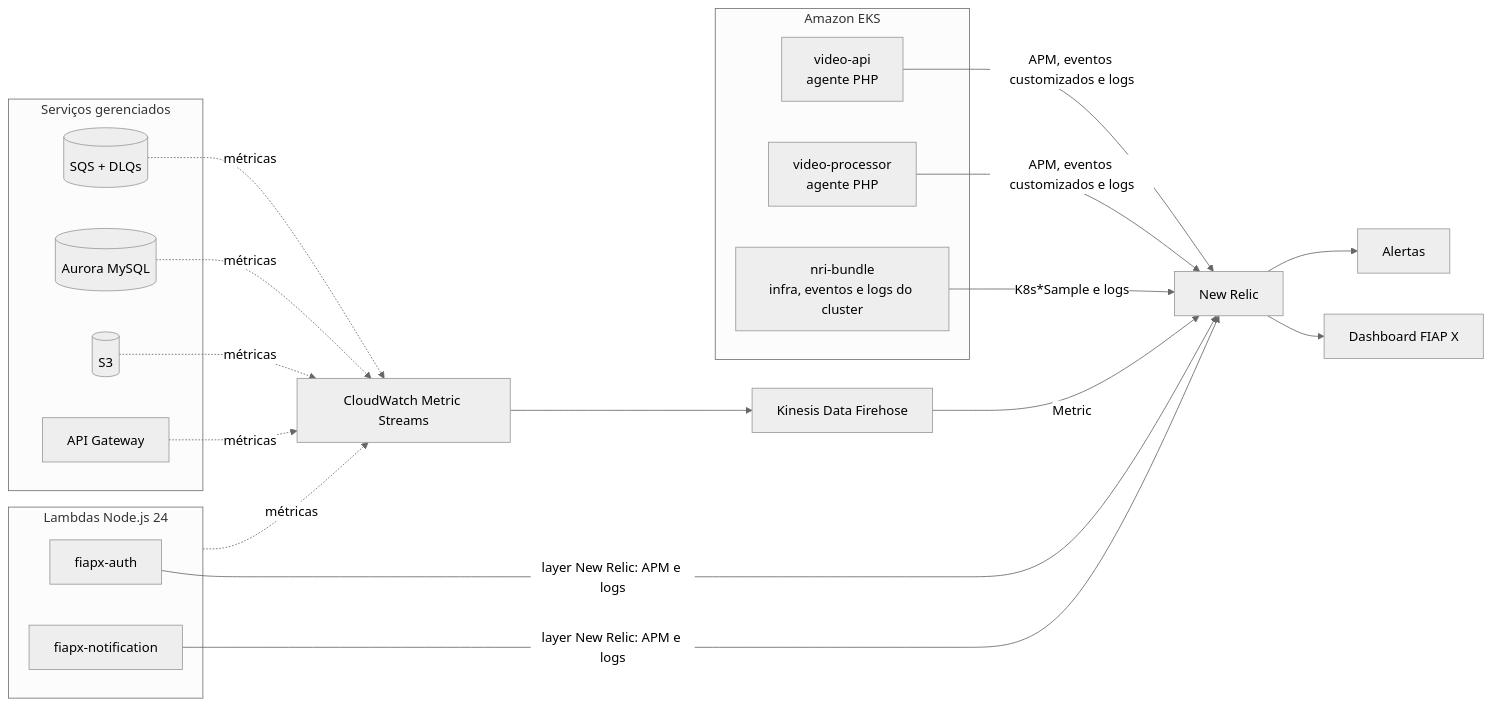
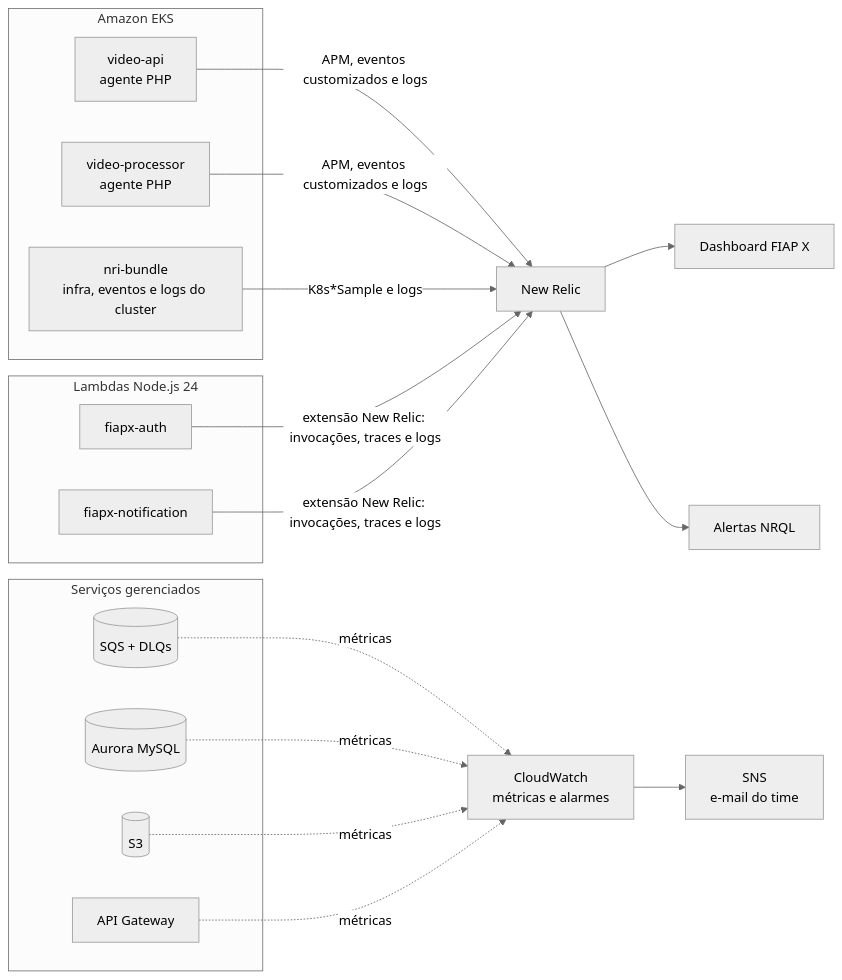
One commit to hackathon-fiap-soat/fiapx-docs changed the diagram in 07-observabilidade/observabilidade.md. Above: the diagram before and after it, drawn with Mermaid (neutral theme). The commit also changed other lines of this file and 59 other files, not shown here.

````diff
--- a/07-observabilidade/observabilidade.md
+++ b/07-observabilidade/observabilidade.md
@@ -8,26 +14,25 @@
 ```mermaid
 flowchart LR
   subgraph EKS[Amazon EKS]
     API[video-api<br/>agente PHP]
     PROC[video-processor<br/>agente PHP]
     NRI[nri-bundle<br/>infra, eventos e logs do cluster]
   end
   subgraph LAMBDA[Lambdas Node.js 24]
     AUTH[fiapx-auth]
     NOTIF[fiapx-notification]
   end
   subgraph AWS[Serviços gerenciados]
     SQS[(SQS + DLQs)]
     AUR[(Aurora MySQL)]
     S3[(S3)]
     GW[API Gateway]
   end
-  CW[CloudWatch Metric Streams] --> FH[Kinesis Data Firehose]
-  SQS & AUR & S3 & GW & LAMBDA -. métricas .-> CW
+  SQS & AUR & S3 & GW -. métricas .-> CW[CloudWatch<br/>métricas e alarmes]
+  CW --> SNS[SNS<br/>e-mail do time]
   API & PROC -- APM, eventos customizados e logs --> NR[New Relic]
   NRI -- K8s*Sample e logs --> NR
-  AUTH & NOTIF -- layer New Relic: APM e logs --> NR
-  FH -- Metric --> NR
+  AUTH & NOTIF -- extensão New Relic: invocações, traces e logs --> NR
   NR --> DASH[Dashboard FIAP X]
-  NR --> ALERT[Alertas]
+  NR --> ALERT[Alertas NRQL]
 ```
````
